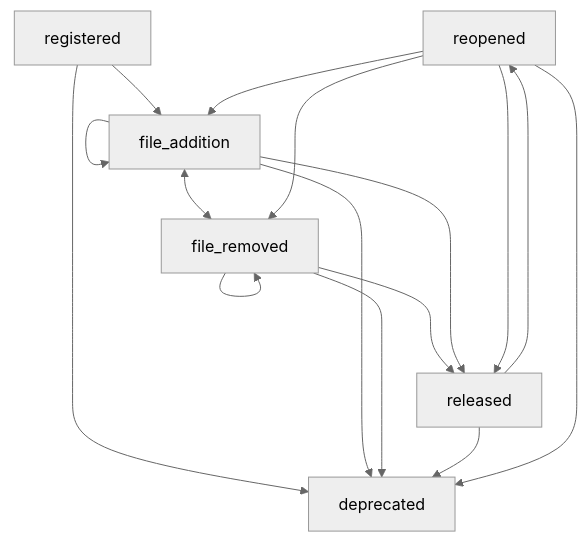
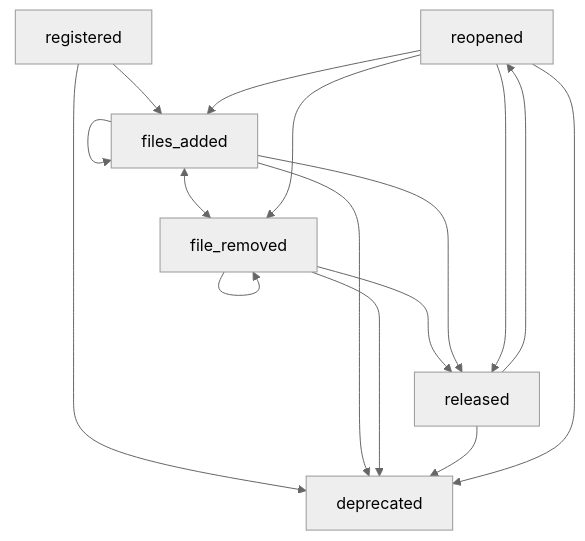
Before and after one commit to neicnordic/sensitive-data-archive: the second of 3 diagrams in docs/decisions/0011-dataset-lifecycle.md, drawn with Mermaid (neutral theme). The commit also changed other lines of this file, not shown here.

Commit message:
docs(adr-0011): rename file_addition event to files_added to be more aligned with naming of other events

````diff
--- a/docs/decisions/0011-dataset-lifecycle.md
+++ b/docs/decisions/0011-dataset-lifecycle.md
@@ -100,23 +100,23 @@
 ```mermaid
 flowchart TD
     reopened
     registered
     file_removed
-    file_addition
+    files_added
     released
     deprecated
 
-    registered --> file_addition
+    registered --> files_added
     registered --> deprecated
-    file_addition --> file_addition
+    files_added --> files_added
     file_removed --> file_removed
-    file_addition <--> file_removed
-    file_removed & file_addition ---> released
-    file_addition & file_removed ---> deprecated
+    files_added <--> file_removed
+    file_removed & files_added ---> released
+    files_added & file_removed ---> deprecated
     released --> deprecated
     reopened --> released
     released --> reopened
-    reopened --> file_addition
+    reopened --> files_added
     reopened --> file_removed
     reopened --> deprecated
 ```
````
